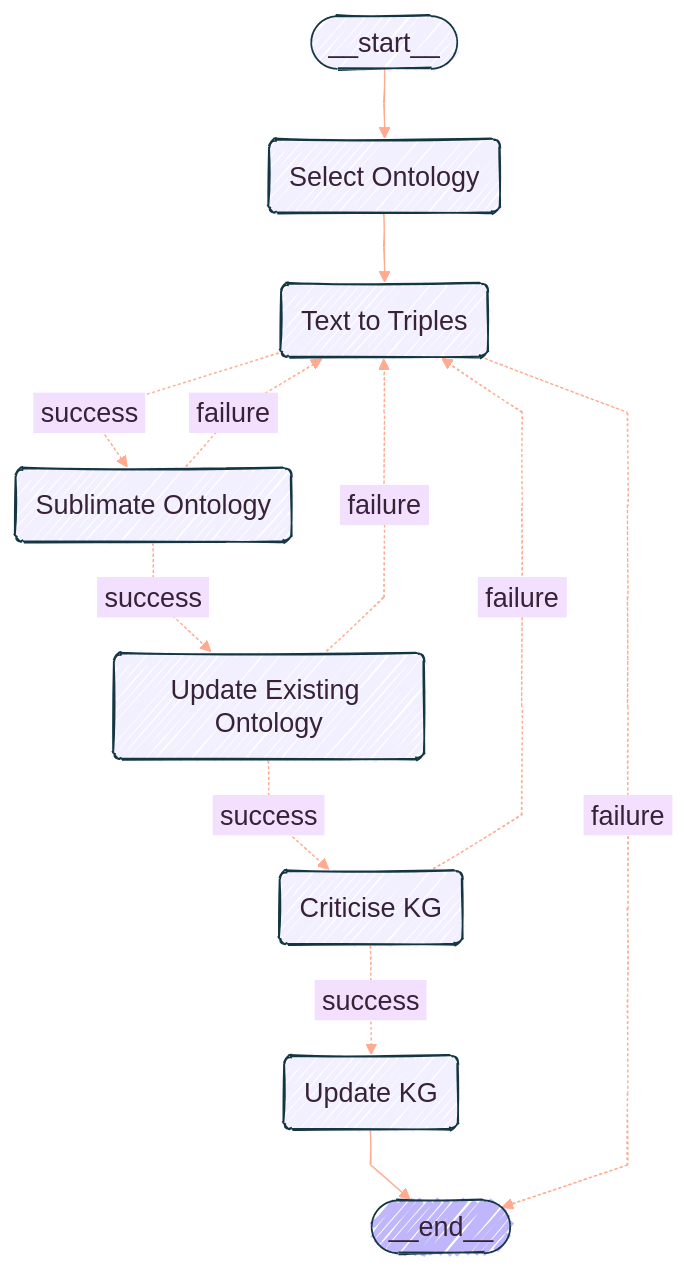
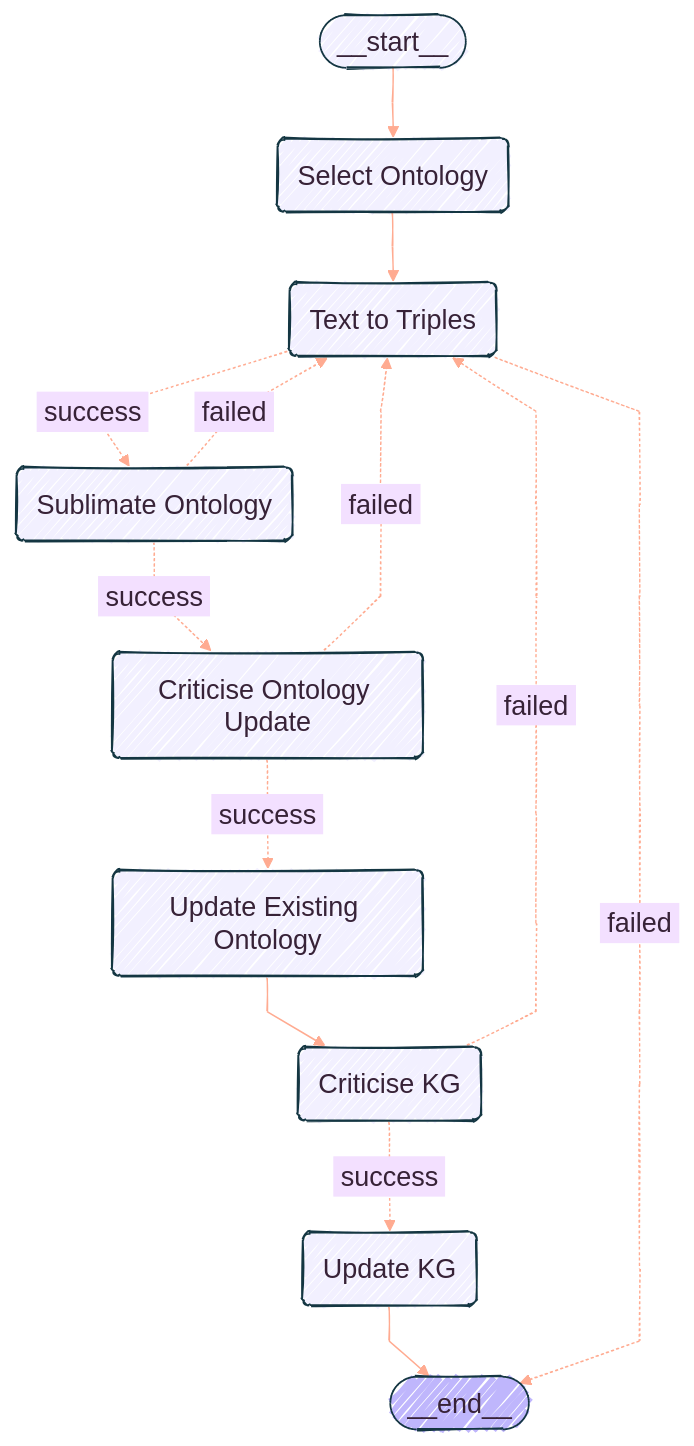
One commit to genericrobot77/ontocast changed the diagram in README.md. Above: the diagram before and after it, drawn with Mermaid. The commit also changed other lines of this file and 10 other files, not shown here.

Commit message:
WIP: agent graph

````diff
--- a/README.md
+++ b/README.md
@@ -5,42 +6,44 @@
 ```mermaid
 ---
 config:
   flowchart:
     curve: linear
     htmlLabels: true
     useMaxWidth: true
   look: handDrawn
   theme: base
   themeVariables:
     fontFamily: '''Architects Daughter'', cursive'
     fontSize: 20px
     lineColor: '#FFAB91'
     primaryBorderColor: '#143642'
     primaryColor: '#FFF3E0'
     primaryTextColor: '#372237'
 ---
 graph TD;
 	__start__([<p>__start__</p>]):::first
 	Select_Ontology(Select Ontology)
 	Text_to_Triples(Text to Triples)
 	Sublimate_Ontology(Sublimate Ontology)
+	Criticise_Ontology_Update(Criticise Ontology Update)
 	Update_Existing_Ontology(Update Existing Ontology)
 	Criticise_KG(Criticise KG)
 	Update_KG(Update KG)
 	__end__([<p>__end__</p>]):::last
 	Select_Ontology --> Text_to_Triples;
+	Update_Existing_Ontology --> Criticise_KG;
 	Update_KG --> __end__;
 	__start__ --> Select_Ontology;
 	Text_to_Triples -. &nbsp;success&nbsp; .-> Sublimate_Ontology;
-	Text_to_Triples -. &nbsp;failure&nbsp; .-> __end__;
-	Sublimate_Ontology -. &nbsp;success&nbsp; .-> Update_Existing_Ontology;
-	Sublimate_Ontology -. &nbsp;failure&nbsp; .-> Text_to_Triples;
-	Update_Existing_Ontology -. &nbsp;success&nbsp; .-> Criticise_KG;
-	Update_Existing_Ontology -. &nbsp;failure&nbsp; .-> Text_to_Triples;
+	Text_to_Triples -. &nbsp;failed&nbsp; .-> __end__;
+	Criticise_Ontology_Update -. &nbsp;success&nbsp; .-> Update_Existing_Ontology;
+	Criticise_Ontology_Update -. &nbsp;failed&nbsp; .-> Text_to_Triples;
+	Sublimate_Ontology -. &nbsp;success&nbsp; .-> Criticise_Ontology_Update;
+	Sublimate_Ontology -. &nbsp;failed&nbsp; .-> Text_to_Triples;
 	Criticise_KG -. &nbsp;success&nbsp; .-> Update_KG;
-	Criticise_KG -. &nbsp;failure&nbsp; .-> Text_to_Triples;
+	Criticise_KG -. &nbsp;failed&nbsp; .-> Text_to_Triples;
 	classDef default fill:#f2f0ff,line-height:1.2
 	classDef first fill-opacity:0
 	classDef last fill:#bfb6fc
 
 ```
````
